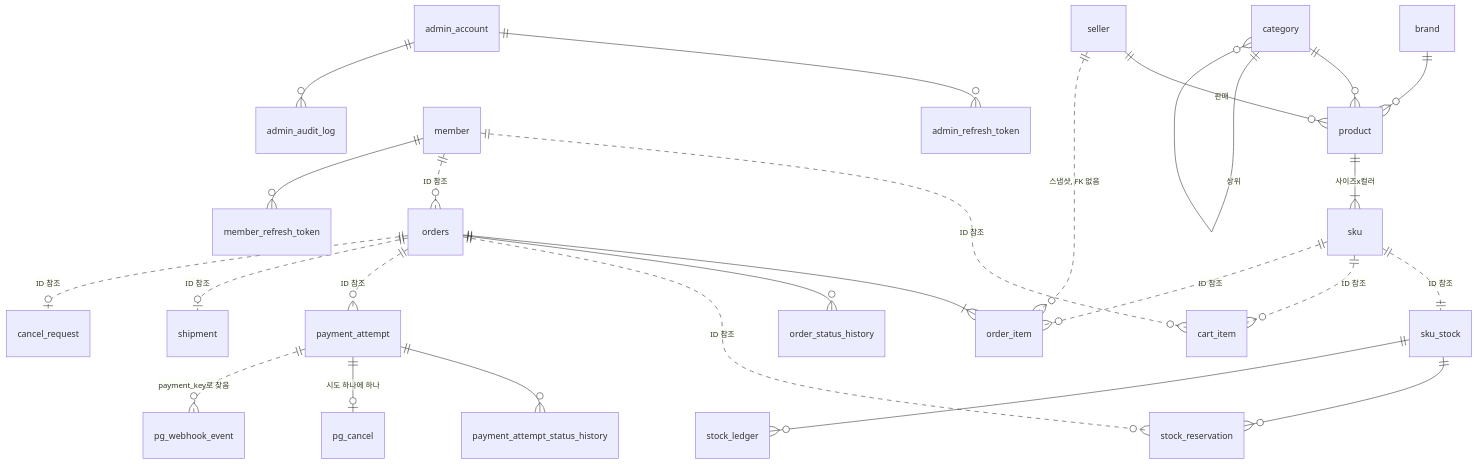
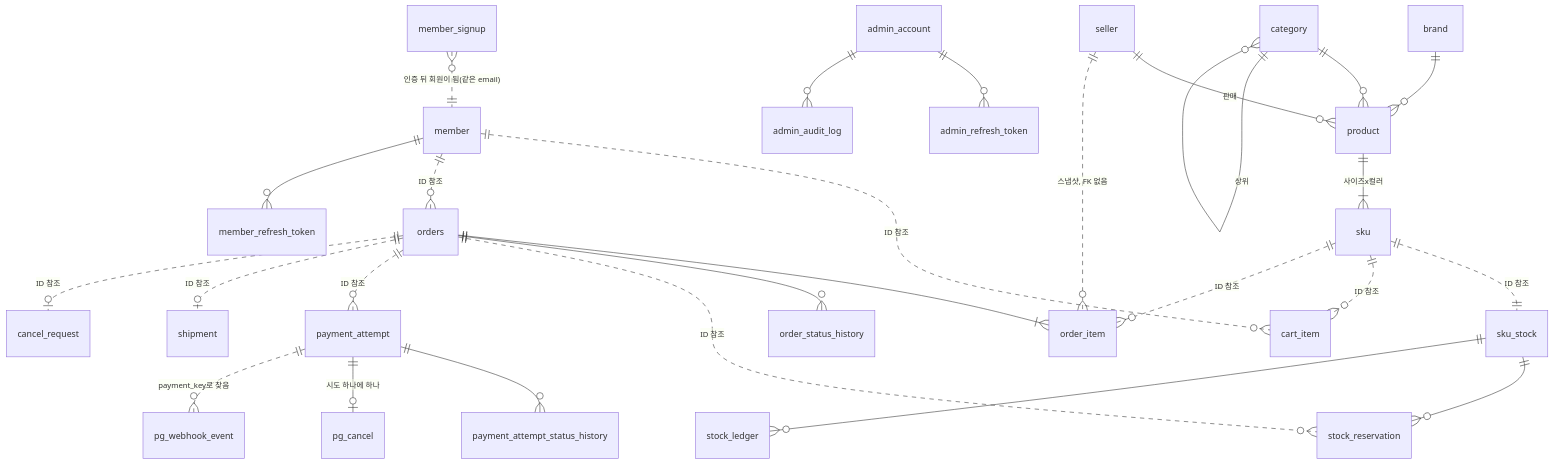
The diagram in docs/db/erd.md (pinkcarver8-blip/fashion-commerce), drawn with Mermaid before and after one commit. The commit also changed other lines of this file and 5 other files, not shown here.

Commit message:
docs: R1-01 착수 확인 결과(ADR-008·001 보충), ERD 회원 표, 알려진 문제 K18~K22, K12 해소 [R1-01]

````diff
--- a/docs/db/erd.md
+++ b/docs/db/erd.md
@@ -23,41 +23,42 @@
 ```mermaid
 erDiagram
     %% catalog
     seller ||--o{ product : "판매"
     brand ||--o{ product : ""
     category ||--o{ product : ""
     category ||--o{ category : "상위"
     product ||--|{ sku : "사이즈x컬러"
 
     %% inventory
     sku_stock ||--o{ stock_reservation : ""
     sku_stock ||--o{ stock_ledger : ""
     sku ||..|| sku_stock : "ID 참조"
 
     %% cart
     member ||..o{ cart_item : "ID 참조"
     sku ||..o{ cart_item : "ID 참조"
 
     %% order
     orders ||--|{ order_item : ""
     orders ||--o{ order_status_history : ""
     payment_attempt ||--o{ payment_attempt_status_history : ""
     member ||..o{ orders : "ID 참조"
     sku ||..o{ order_item : "ID 참조"
     seller ||..o{ order_item : "스냅샷, FK 없음"
     orders ||..o{ stock_reservation : "ID 참조"
 
     %% payment
     orders ||..o{ payment_attempt : "ID 참조"
     payment_attempt ||--o| pg_cancel : "시도 하나에 하나"
     payment_attempt ||..o{ pg_webhook_event : "payment_key로 찾음"
 
     %% shipping, claim
     orders ||..o| shipment : "ID 참조"
     orders ||..o| cancel_request : "ID 참조"
 
     %% member, admin
     member ||--o{ member_refresh_token : ""
+    member_signup }o..|| member : "인증 뒤 회원이 됨(같은 email)"
     admin_account ||--o{ admin_refresh_token : ""
     admin_account ||--o{ admin_audit_log : ""
 ```
````
